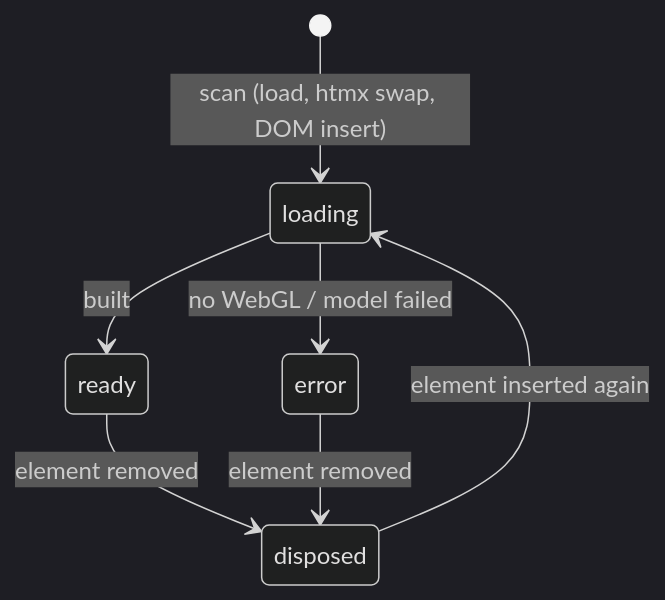
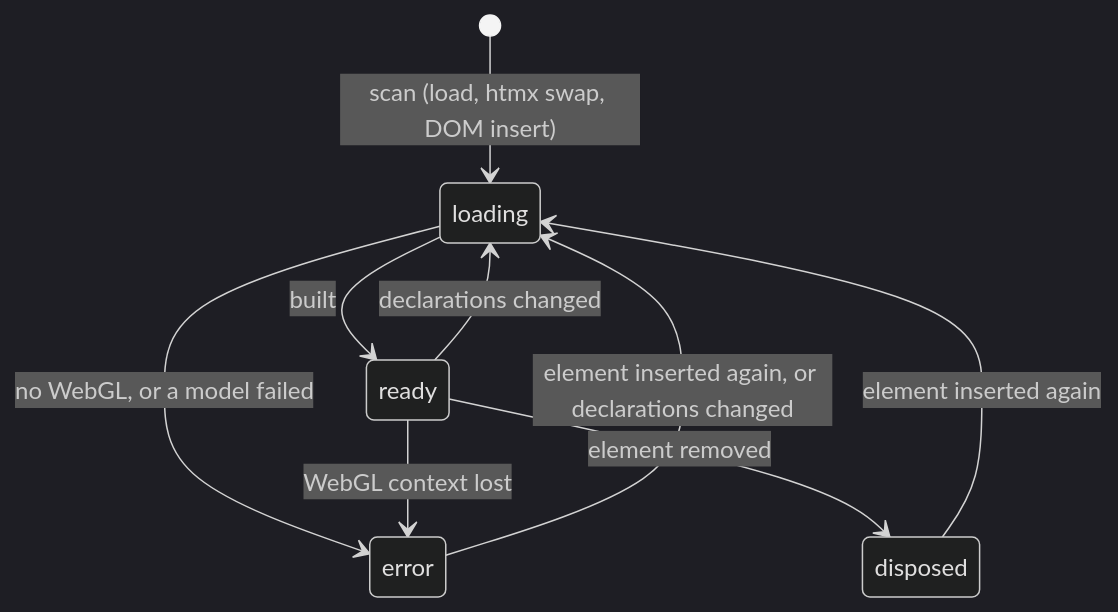
One commit to autumn-foundation/autumn-plugin-three changed the diagram in README.md. Above: the diagram before and after it, drawn with Mermaid (dark theme). The commit also changed other lines of this file and 26 other files, not shown here.

````diff
--- a/README.md
+++ b/README.md
@@ -195,9 +208,11 @@
 ```mermaid
 stateDiagram-v2
     [*] --> loading: scan (load, htmx swap, DOM insert)
     loading --> ready: built
-    loading --> error: no WebGL / model failed
+    loading --> error: no WebGL, or a model failed
+    ready --> error: WebGL context lost
     ready --> disposed: element removed
-    error --> disposed: element removed
+    ready --> loading: declarations changed
+    error --> loading: element inserted again, or declarations changed
     disposed --> loading: element inserted again
 ```
````
